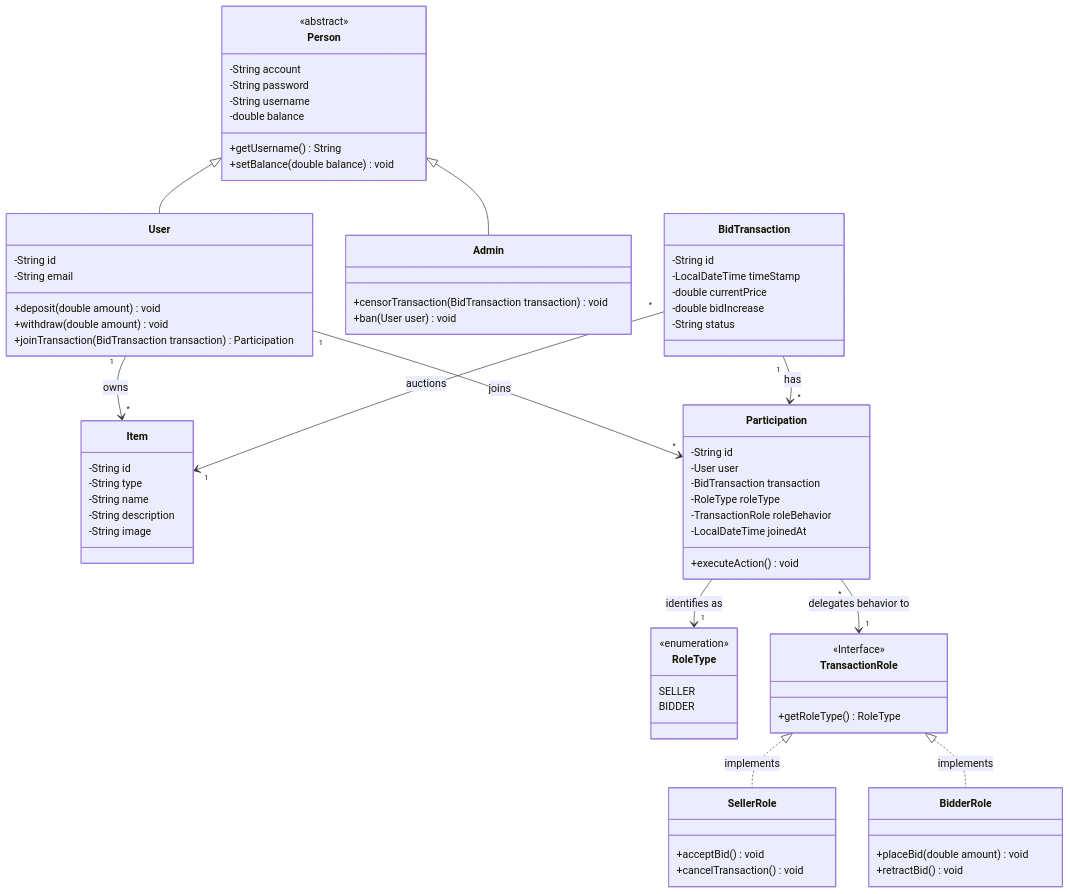
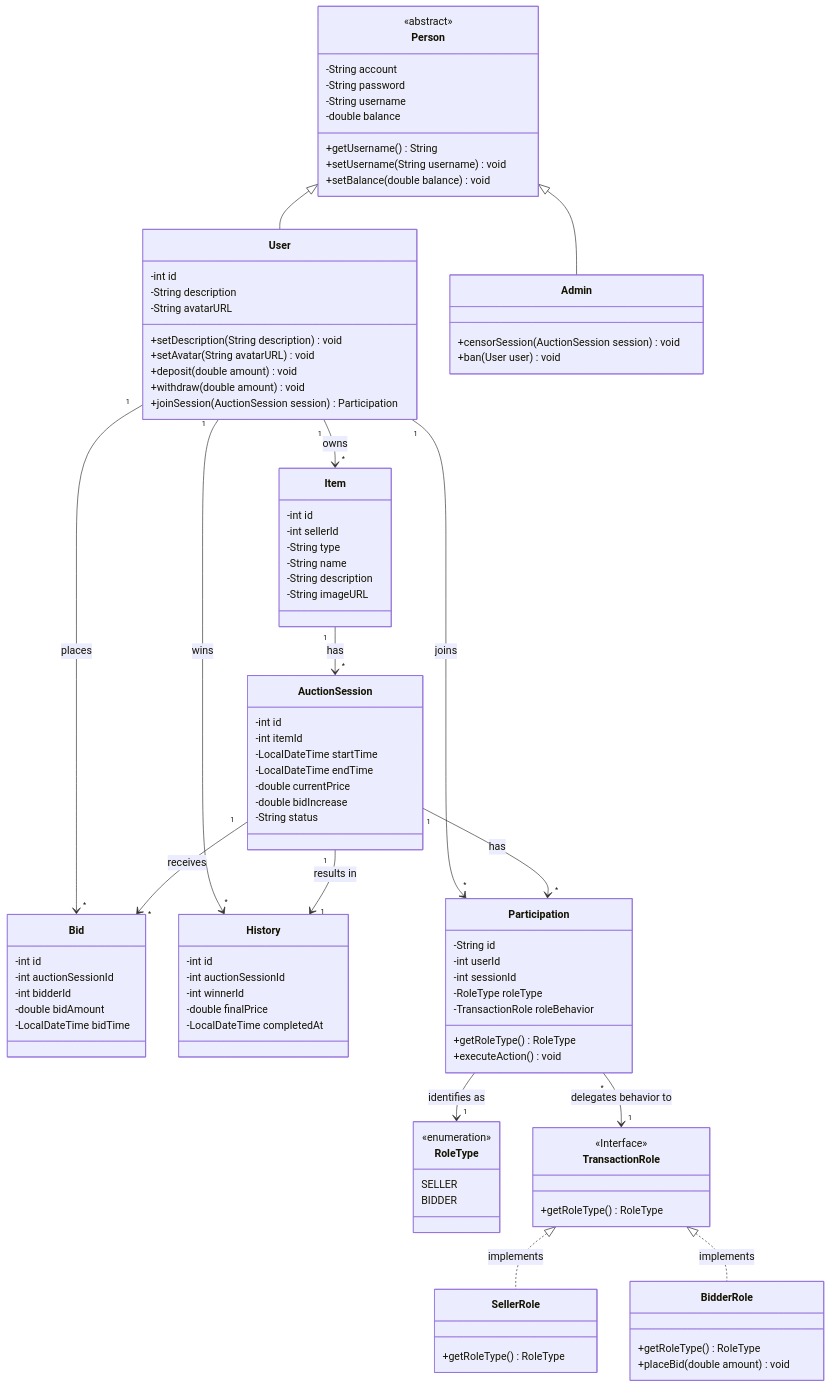
Before and after one commit to phudeptraibodoithe/Bai-tap-lon-nhom-6: the diagram in README.md, drawn with Mermaid. The commit also changed other lines of this file, not shown here.

Commit message:
vẽ UML

````diff
--- a/README.md
+++ b/README.md
@@ -7,6 +7,6 @@
 ```mermaid
 classDiagram
-    %% --- PHẦN CLASS KẾ THỨC CƠ BẢN ---
+    %% --- PHẦN CLASS KẾ THỪA CƠ BẢN ---
     class Person {
         <<abstract>>
         -String account
@@ -14,19 +14,23 @@
         -String username
         -double balance
         +getUsername() String
+        +setUsername(String username) void
         +setBalance(double balance) void
     }
 
     class User {
-        -String id
-        -String email
+        -int id
+        -String description
+        -String avatarURL
+        +setDescription(String description) void
+        +setAvatar(String avatarURL) void
         +deposit(double amount) void
         +withdraw(double amount) void
-        +joinTransaction(BidTransaction transaction) Participation
+        +joinSession(AuctionSession session) Participation
     }
 
     class Admin {
-        +censorTransaction(BidTransaction transaction) void
+        +censorSession(AuctionSession session) void
         +ban(User user) void
     }
 
@@ -35,32 +39,55 @@
 
     %% --- PHẦN ENTITY CỐT LÕI ---
     class Item {
-        -String id
+        -int id
+        -int sellerId
         -String type
         -String name
         -String description
-        -String image
+        -String imageURL
     }
 
-    class BidTransaction {
-        -String id
-        -LocalDateTime timeStamp
+    class AuctionSession {
+        -int id
+        -int itemId
+        -LocalDateTime startTime
+        -LocalDateTime endTime
         -double currentPrice
         -double bidIncrease
         -String status
     }
 
+    class Bid {
+        -int id
+        -int auctionSessionId
+        -int bidderId
+        -double bidAmount
+        -LocalDateTime bidTime
+    }
+
+    class History {
+        -int id
+        -int auctionSessionId
+        -int winnerId
+        -double finalPrice
+        -LocalDateTime completedAt
+    }
+
     User "1" --> "*" Item : owns
-    BidTransaction "*" --> "1" Item : auctions
+    Item "1" --> "*" AuctionSession : has
+    User "1" --> "*" Bid : places
+    AuctionSession "1" --> "*" Bid : receives
+    User "1" --> "*" History : wins
+    AuctionSession "1" --> "1" History : results in
 
     %% --- PHẦN XỬ LÝ LUỒNG ROLE ĐỘNG ---
     class Participation {
         -String id
-        -User user
-        -BidTransaction transaction
+        -int userId
+        -int sessionId
         -RoleType roleType
         -TransactionRole roleBehavior
-        -LocalDateTime joinedAt
+        +getRoleType() RoleType
         +executeAction() void
     }
 
@@ -76,17 +103,16 @@
     }
 
     class SellerRole {
-        +acceptBid() void
-        +cancelTransaction() void
+        +getRoleType() RoleType
     }
 
     class BidderRole {
+        +getRoleType() RoleType
         +placeBid(double amount) void
-        +retractBid() void
     }
 
     User "1" --> "*" Participation : joins
-    BidTransaction "1" --> "*" Participation : has
+    AuctionSession "1" --> "*" Participation : has
     
     Participation --> "1" RoleType : identifies as
     Participation "*" --> "1" TransactionRole : delegates behavior to
````
